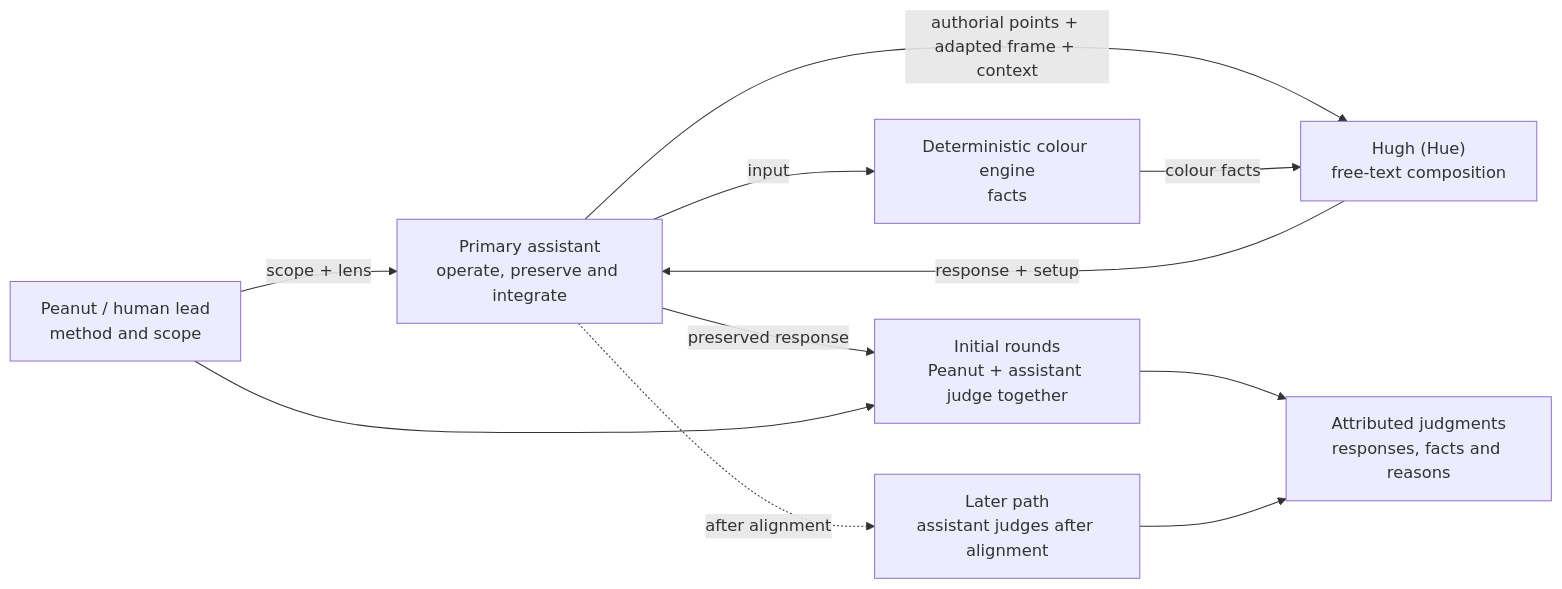
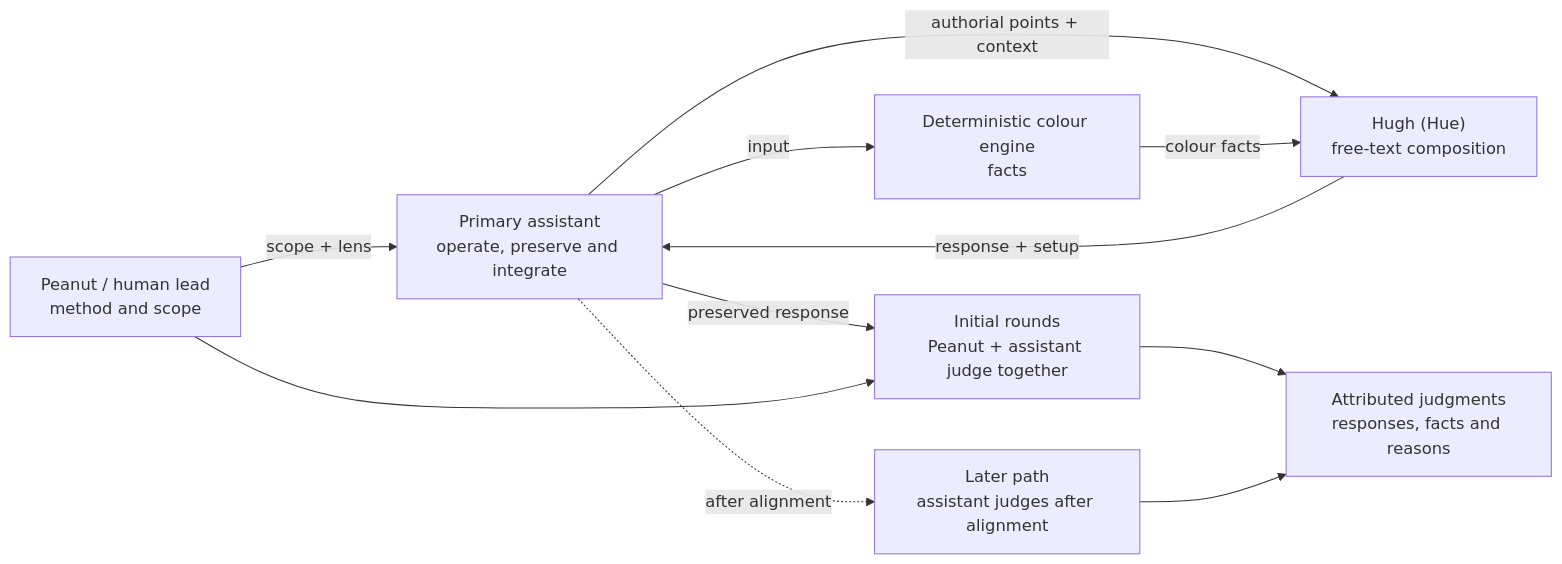
The diagram in docs/diagrams/BEHAVIOUR_PULSE.md (tryskian/huemiliator), drawn with Mermaid before and after one commit. The commit also changed other lines of this file and 13 other files, not shown here.

````diff
--- a/docs/diagrams/BEHAVIOUR_PULSE.md
+++ b/docs/diagrams/BEHAVIOUR_PULSE.md
@@ -10,21 +10,21 @@
 ```mermaid
 flowchart LR
   H["Peanut / human lead<br/>method and scope"]
   A["Primary assistant<br/>operate, preserve and integrate"]
   C["Deterministic colour engine<br/>facts"]
   X["Hugh (Hue)<br/>free-text composition"]
   J["Initial rounds<br/>Peanut + assistant judge together"]
   I["Later path<br/>assistant judges after alignment"]
   F["Attributed judgments<br/>responses, facts and reasons"]
 
   H -->|"scope + lens"| A
   A -->|"input"| C
-  A -->|"authorial points + adapted frame + context"| X
+  A -->|"authorial points + context"| X
   C -->|"colour facts"| X
   X -->|"response + setup"| A
   A -->|"preserved response"| J
   H --> J
   A -.->|"after alignment"| I
   J --> F
   I --> F
 ```
````
